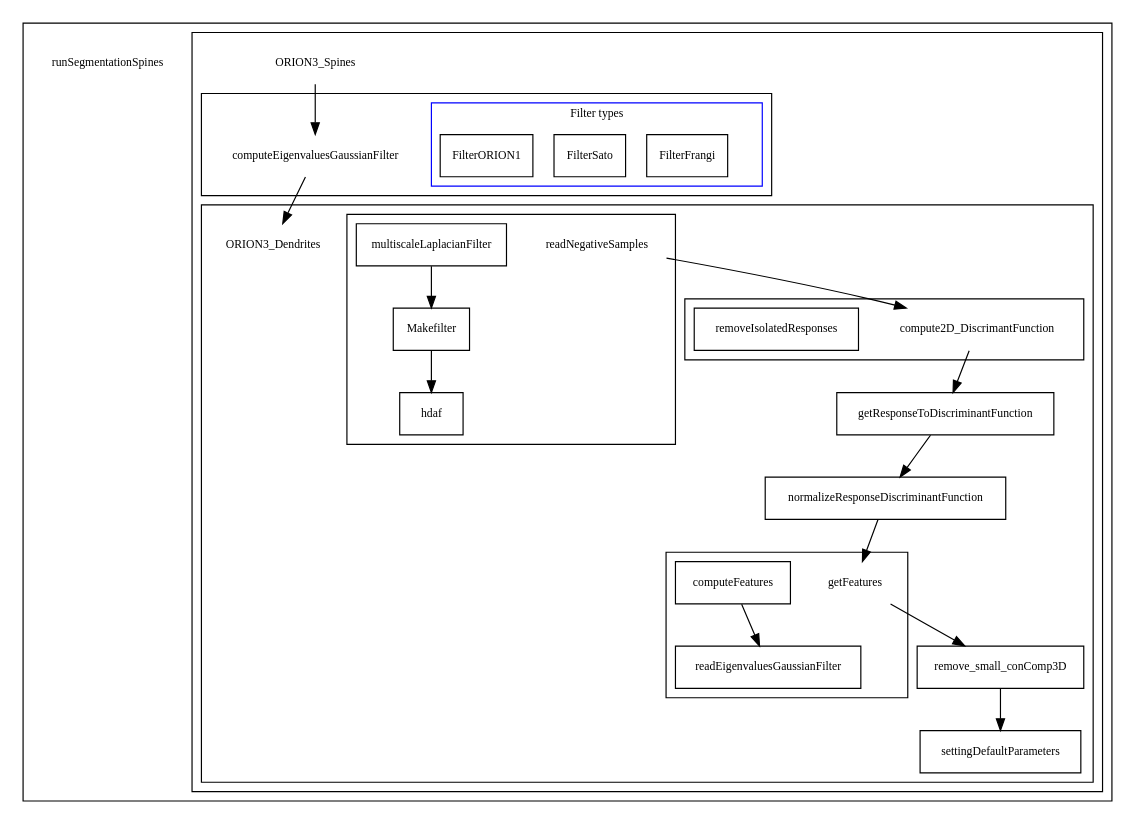
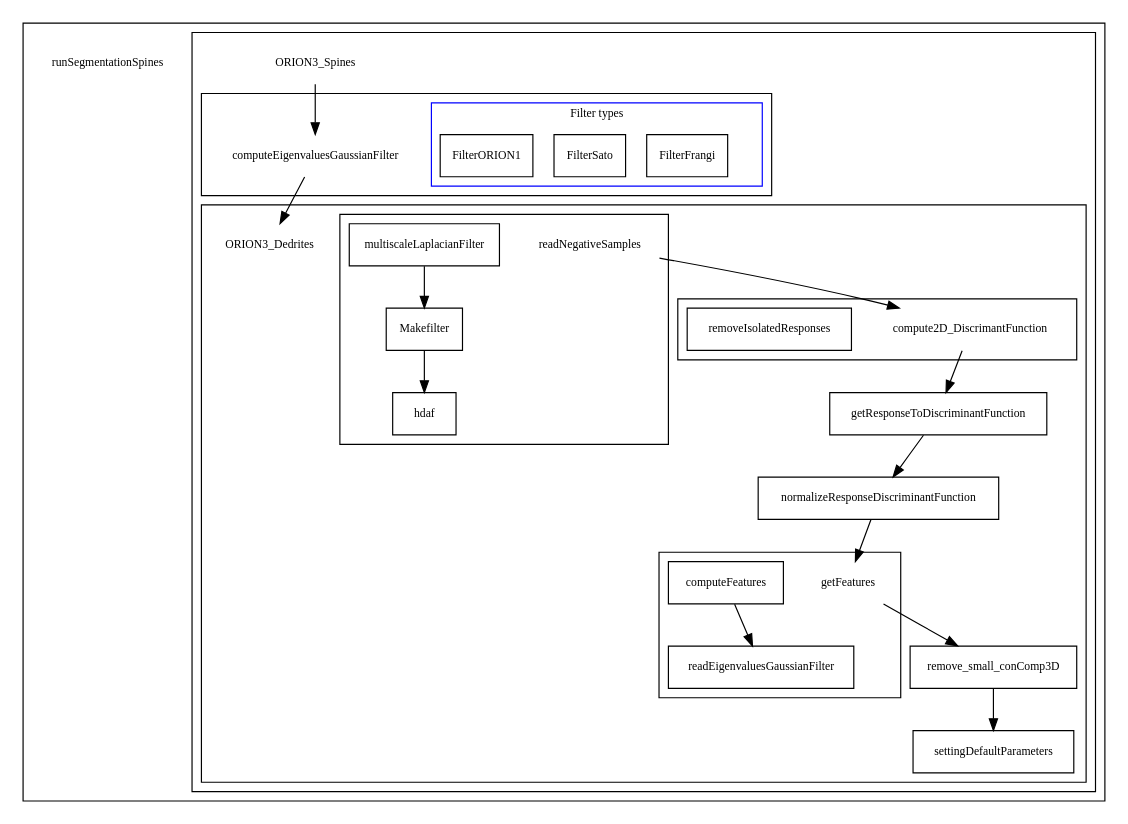
Before and after one commit to CBL-ORION/orion-zmughal-ms-thesis: the diagram in gfx/matlab-call-graph/segmentation.dot, drawn with Graphviz. The commit also changed 2 other files, not shown here.

```diff
--- a/gfx/matlab-call-graph/segmentation.dot
+++ b/gfx/matlab-call-graph/segmentation.dot
@@ -1,71 +1,71 @@
 digraph Segmentation {
 	//rankdir = "TB";
 	graph [fontsize=10 fontname="Verdana" compound=true];
 	node [shape=rect fontsize=10 fontname="Verdana"];
 	//ranksep=3;
 	//ratio=auto;
 	//node [nodesep=0.2 ranksep=0.2];
 	//edge [weight=1.2];
 
 	subgraph cluster_runSegmentationSpines {
 		color = "black";
-		cluster_runSegmentationSpines_dummy [shape=none label = "runSegmentationSpines"]; label = "";
+		runSegmentationSpines [shape=none]; label = "";
 		/*computeElapsedTime*/
 		subgraph cluster_ORION3_Spines {
 			/*label = "ORION3_Spines";*/
-			cluster_ORION3_Spines_dummy -> cluster_computeEigenvaluesGaussianFilter_dummy -> cluster_ORION3_Dedrites_dummy
-			cluster_ORION3_Spines_dummy [shape=none label="ORION3_Spines"]; label = "";
+			ORION3_Spines -> computeEigenvaluesGaussianFilter -> ORION3_Dedrites
+			ORION3_Spines [shape=none]; label = "";
 			subgraph cluster_computeEigenvaluesGaussianFilter {
 				color = "black";
-				cluster_computeEigenvaluesGaussianFilter_dummy [shape=none label="computeEigenvaluesGaussianFilter"]; label = "";
+				computeEigenvaluesGaussianFilter [shape=none]; label = "";
 				subgraph cluster_FilterTypes {
 					label = "Filter types";
 					color=blue; /* OR */
-					cluster_FilterTypes_dummy [shape=point style=invis];
+					FilterTypes [shape=point style=invis];
 					FilterFrangi FilterSato FilterORION1
 				}
-				/*[>cluster_FilterTypes_dummy<] FilterSato -> getInfoVolume [ltail=cluster_FilterTypes]
+				/*[>FilterTypes<] FilterSato -> getInfoVolume [ltail=cluster_FilterTypes]
 				getInfoVolume ->
 				num2string ->
 				RAWfromMHD ->
 				WriteRAWandMHD*/
 			}
 			subgraph cluster_ORION3_Dendrites_callees {
 				/*label = "ORION3_Dendrites";*/
-				cluster_ORION3_Dedrites_dummy [shape=none label="ORION3_Dendrites"]; label = "";
-				cluster_readNegativeSamples_dummy
-					-> cluster_compute2D_DiscrimantFunction_dummy
+				ORION3_Dedrites [shape=none]; label = "";
+				readNegativeSamples
+					-> compute2D_DiscrimantFunction
 					-> getResponseToDiscriminantFunction
 					-> normalizeResponseDiscriminantFunction;
 				normalizeResponseDiscriminantFunction ->
-				cluster_getFeatures_dummy /*getFeatures*/
-				cluster_getFeatures_dummy -> remove_small_conComp3D;
+				getFeatures /*getFeatures*/
+				getFeatures -> remove_small_conComp3D;
 
 				remove_small_conComp3D ->
 					settingDefaultParameters/* ->
 					delete_RAW ->
 					[>image_MIP_gray ->
 					image_MIP_jet -><]
 					Read_CreateFolderSecondEigenvalueHessian*/
 				subgraph cluster_getFeatures {
 					color = "black";
-					cluster_getFeatures_dummy  [shape=none label="getFeatures"]; label = "";
+					getFeatures  [shape=none]; label = "";
 
 					computeFeatures -> readEigenvaluesGaussianFilter
 				}
 				subgraph cluster_readNegativeSamples {
 					color = "black";
-					cluster_readNegativeSamples_dummy [shape=none label="readNegativeSamples"]; label = "";
+					readNegativeSamples [shape=none]; label = "";
 					multiscaleLaplacianFilter -> Makefilter -> hdaf
 				}
 				subgraph cluster_compute2D_DiscrimantFunction {
 					color = "black";
-					cluster_compute2D_DiscrimantFunction_dummy [shape=none label="compute2D_DiscrimantFunction"]; label = "";
+					compute2D_DiscrimantFunction [shape=none]; label = "";
 					removeIsolatedResponses
 				}
 			}
 		}
 	}
 
 
 }
```
